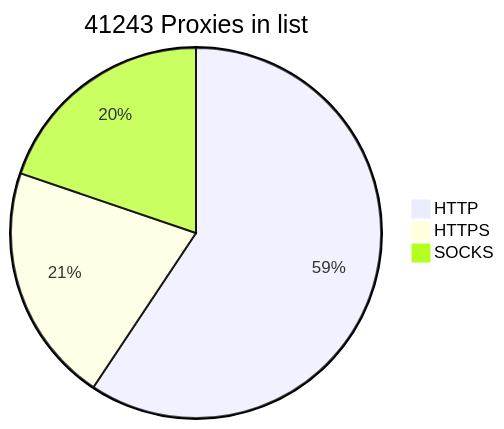
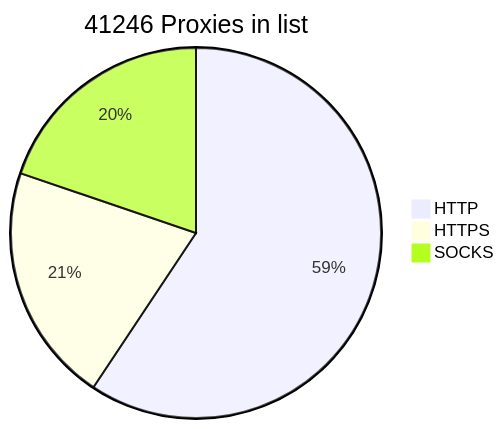
One commit to BlackSnowDot/proxylist-update-every-minute changed the diagram in README.md. Above: the diagram before and after it, drawn with Mermaid.

````diff
--- a/README.md
+++ b/README.md
@@ -2,6 +2,6 @@
 ```mermaid
-pie title 41243 Proxies in list
-    "HTTP" : 28451
-    "HTTPS": 10012
+pie title 41246 Proxies in list
+    "HTTP" : 28454
+    "HTTPS": 10015
     "SOCKS" : 9484
 ```
````
